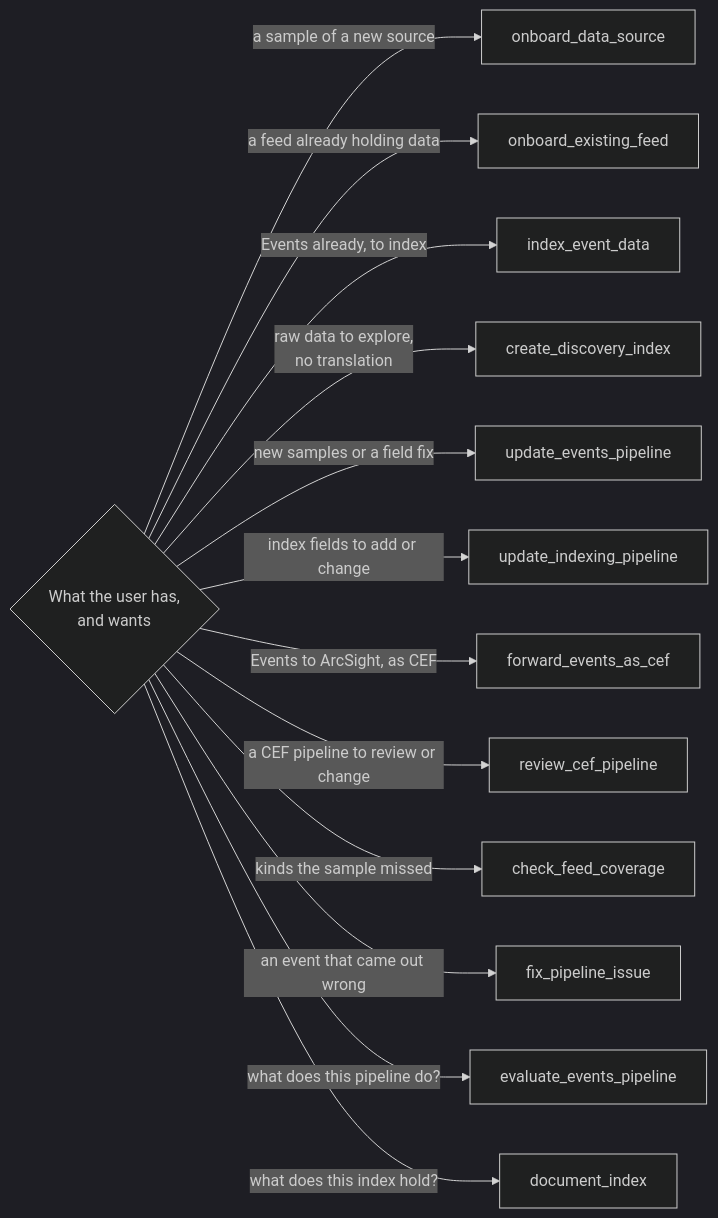
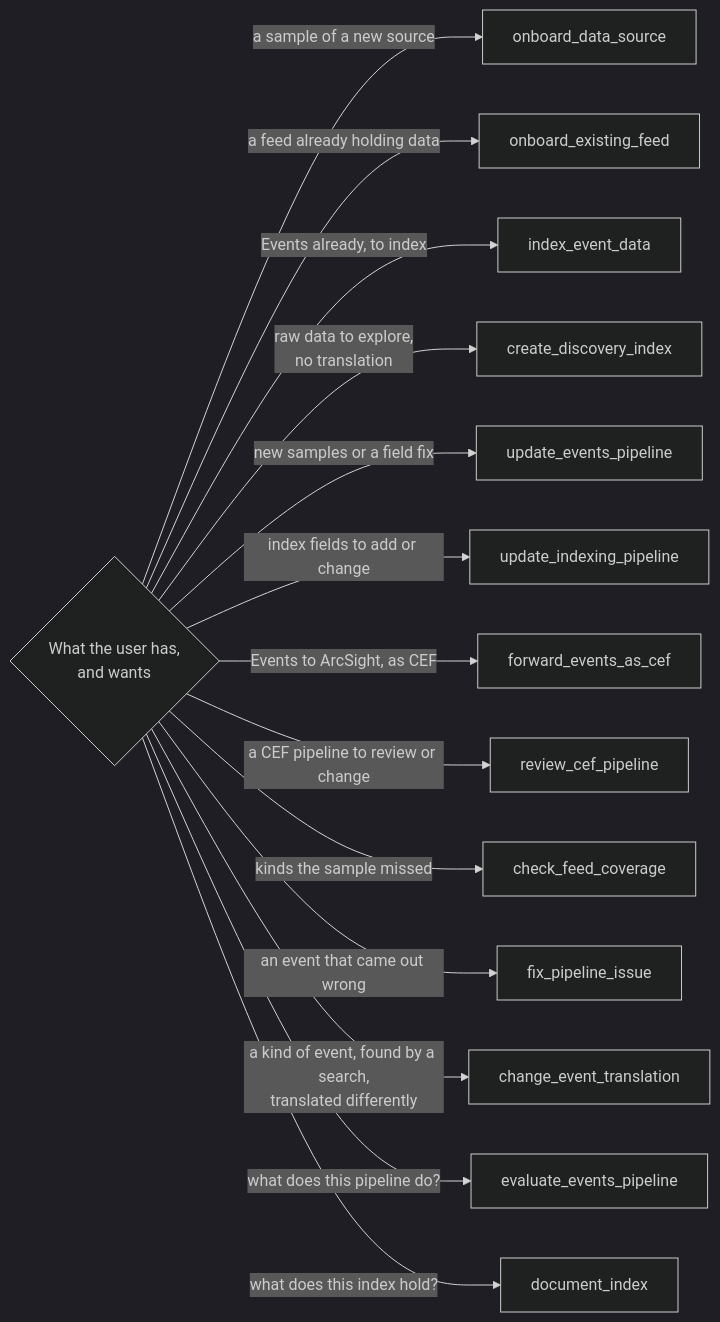
The diagram in docs/operate/workflows.md (gradata-systems/stroom-fastmcp-server), drawn with Mermaid (dark theme) before and after one commit. The commit also changed other lines of this file and 4 other files, not shown here.

First line of the commit message:
change_event_translation: a kind of event translated differently, from what a search found

````diff
--- a/docs/operate/workflows.md
+++ b/docs/operate/workflows.md
@@ -7,16 +7,17 @@
 ```mermaid
 flowchart LR
     U{"What the user has,<br/>and wants"}
     U -- "a sample of a new source" --> ON["onboard_data_source"]
     U -- "a feed already holding data" --> EF["onboard_existing_feed"]
     U -- "Events already, to index" --> IX["index_event_data"]
     U -- "raw data to explore,<br/>no translation" --> DI["create_discovery_index"]
     U -- "new samples or a field fix" --> UE["update_events_pipeline"]
     U -- "index fields to add or change" --> UI["update_indexing_pipeline"]
     U -- "Events to ArcSight, as CEF" --> CF["forward_events_as_cef"]
     U -- "a CEF pipeline to review or change" --> RC["review_cef_pipeline"]
     U -- "kinds the sample missed" --> FC["check_feed_coverage"]
     U -- "an event that came out wrong" --> FX["fix_pipeline_issue"]
+    U -- "a kind of event, found by a search,<br/>translated differently" --> CT["change_event_translation"]
     U -- "what does this pipeline do?" --> EV["evaluate_events_pipeline"]
     U -- "what does this index hold?" --> DX["document_index"]
 ```
````
